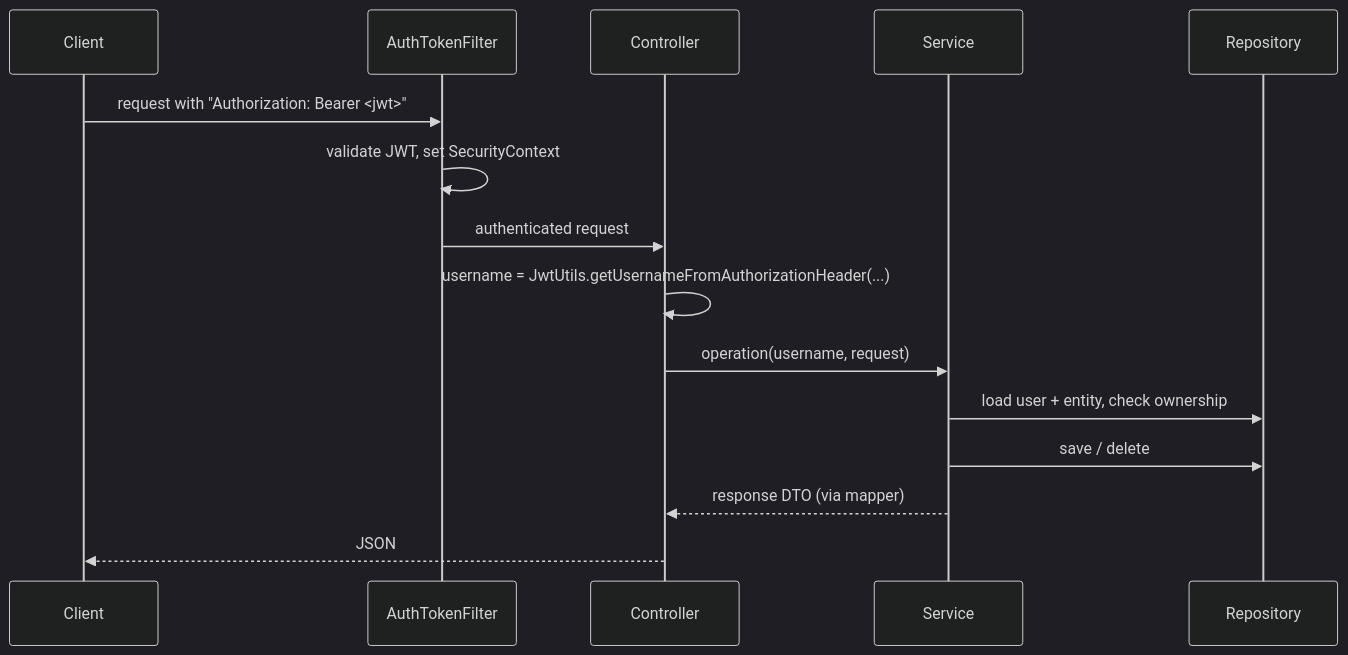
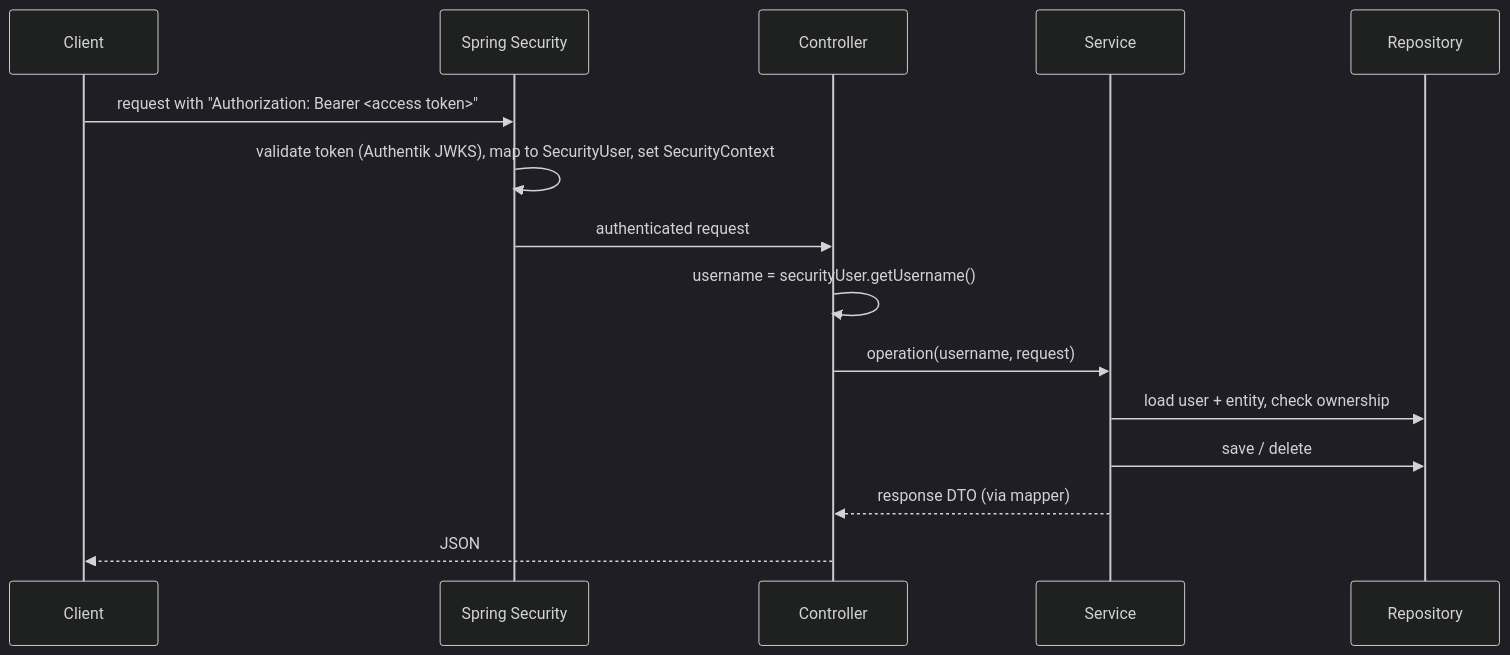
Before and after one commit to 7ubi/indexcards: the diagram in indexcards-docu/docs/development/backend.md, drawn with Mermaid (dark theme). The commit also changed other lines of this file and 104 other files, not shown here.

````diff
--- a/indexcards-docu/docs/development/backend.md
+++ b/indexcards-docu/docs/development/backend.md
@@ -23,17 +23,17 @@
 ```mermaid
 sequenceDiagram
     participant C as Client
-    participant F as AuthTokenFilter
+    participant F as Spring Security
     participant Ctrl as Controller
     participant S as Service
     participant R as Repository
-    C->>F: request with "Authorization: Bearer <jwt>"
-    F->>F: validate JWT, set SecurityContext
+    C->>F: request with "Authorization: Bearer <access token>"
+    F->>F: validate token (Authentik JWKS), map to SecurityUser, set SecurityContext
     F->>Ctrl: authenticated request
-    Ctrl->>Ctrl: username = JwtUtils.getUsernameFromAuthorizationHeader(...)
+    Ctrl->>Ctrl: username = securityUser.getUsername()
     Ctrl->>S: operation(username, request)
     S->>R: load user + entity, check ownership
     S->>R: save / delete
     S-->>Ctrl: response DTO (via mapper)
     Ctrl-->>C: JSON
 ```
````
